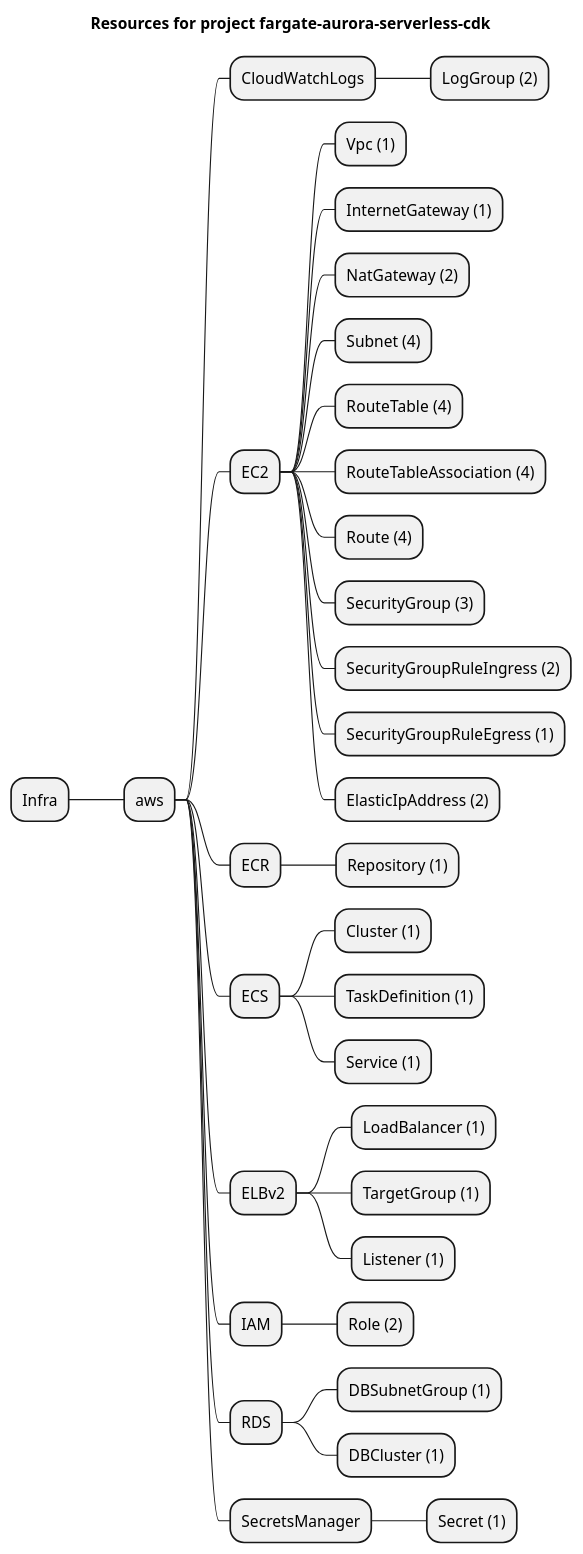
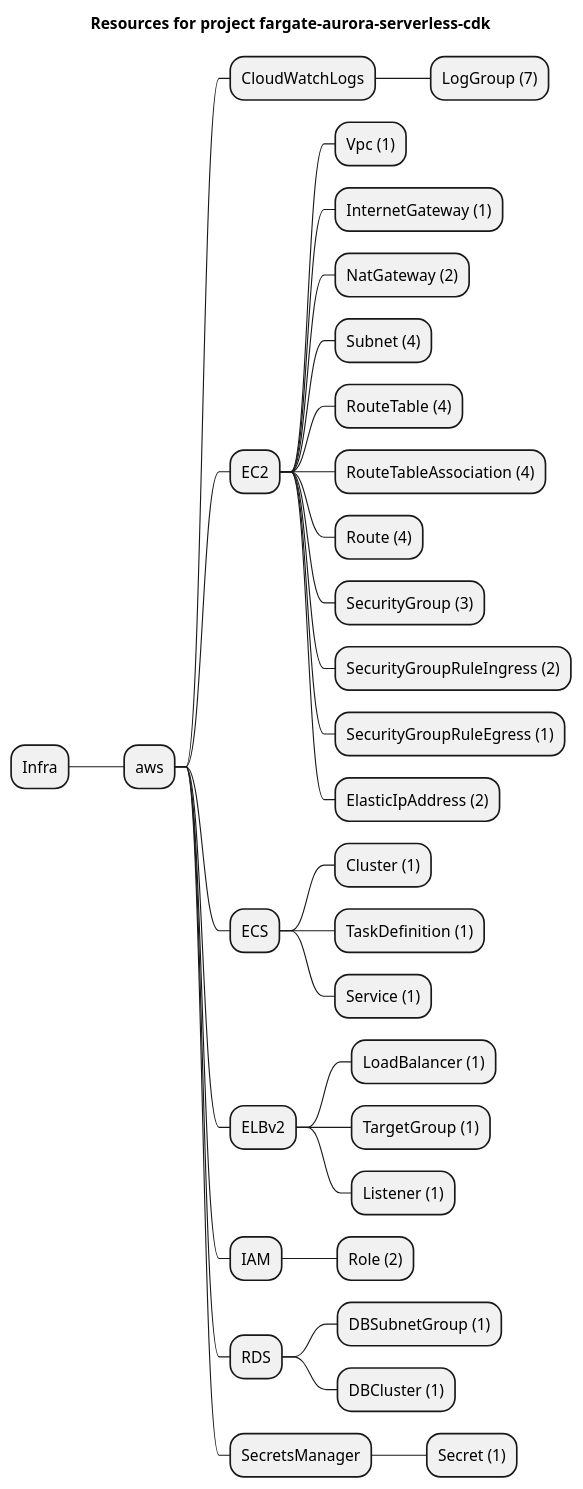
The diagram in examples/aws/serverless-patterns/fargate-aurora-serverless-cdk/artifacts/resources-mindmap.puml (grucloud/grucloud), drawn with PlantUML before and after one commit. The commit also changed 51 other files, not shown here.

```diff
--- a/examples/aws/serverless-patterns/fargate-aurora-serverless-cdk/artifacts/resources-mindmap.puml
+++ b/examples/aws/serverless-patterns/fargate-aurora-serverless-cdk/artifacts/resources-mindmap.puml
@@ -1,37 +1,35 @@
 @startmindmap
 title Resources for project fargate-aurora-serverless-cdk
 skinparam monochrome true
 + Infra
 ++ aws
 +++ CloudWatchLogs
-++++ LogGroup (2)
+++++ LogGroup (7)
 +++ EC2
 ++++ Vpc (1)
 ++++ InternetGateway (1)
 ++++ NatGateway (2)
 ++++ Subnet (4)
 ++++ RouteTable (4)
 ++++ RouteTableAssociation (4)
 ++++ Route (4)
 ++++ SecurityGroup (3)
 ++++ SecurityGroupRuleIngress (2)
 ++++ SecurityGroupRuleEgress (1)
 ++++ ElasticIpAddress (2)
-+++ ECR
-++++ Repository (1)
 +++ ECS
 ++++ Cluster (1)
 ++++ TaskDefinition (1)
 ++++ Service (1)
 +++ ELBv2
 ++++ LoadBalancer (1)
 ++++ TargetGroup (1)
 ++++ Listener (1)
 +++ IAM
 ++++ Role (2)
 +++ RDS
 ++++ DBSubnetGroup (1)
 ++++ DBCluster (1)
 +++ SecretsManager
 ++++ Secret (1)
 @endmindmap
```
